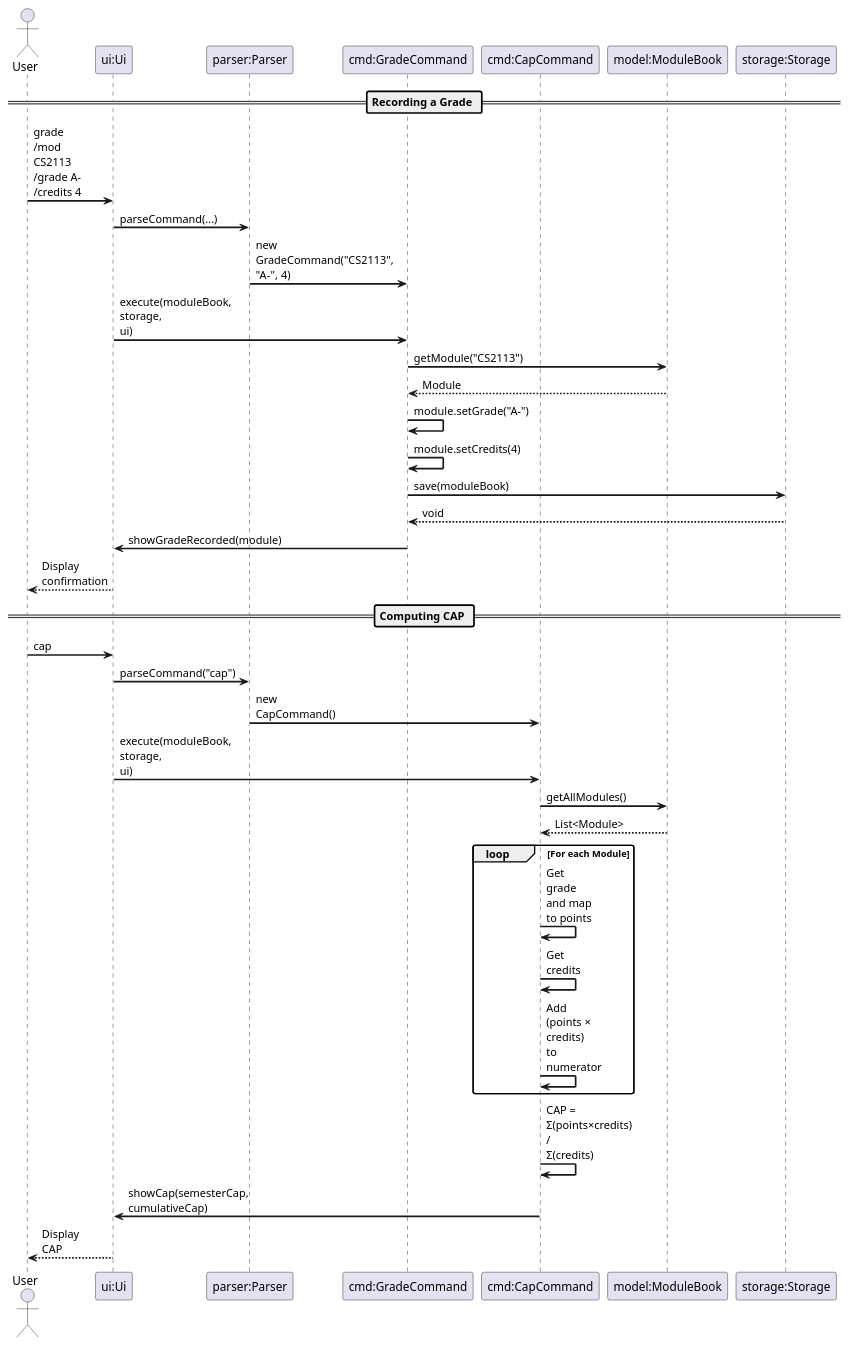
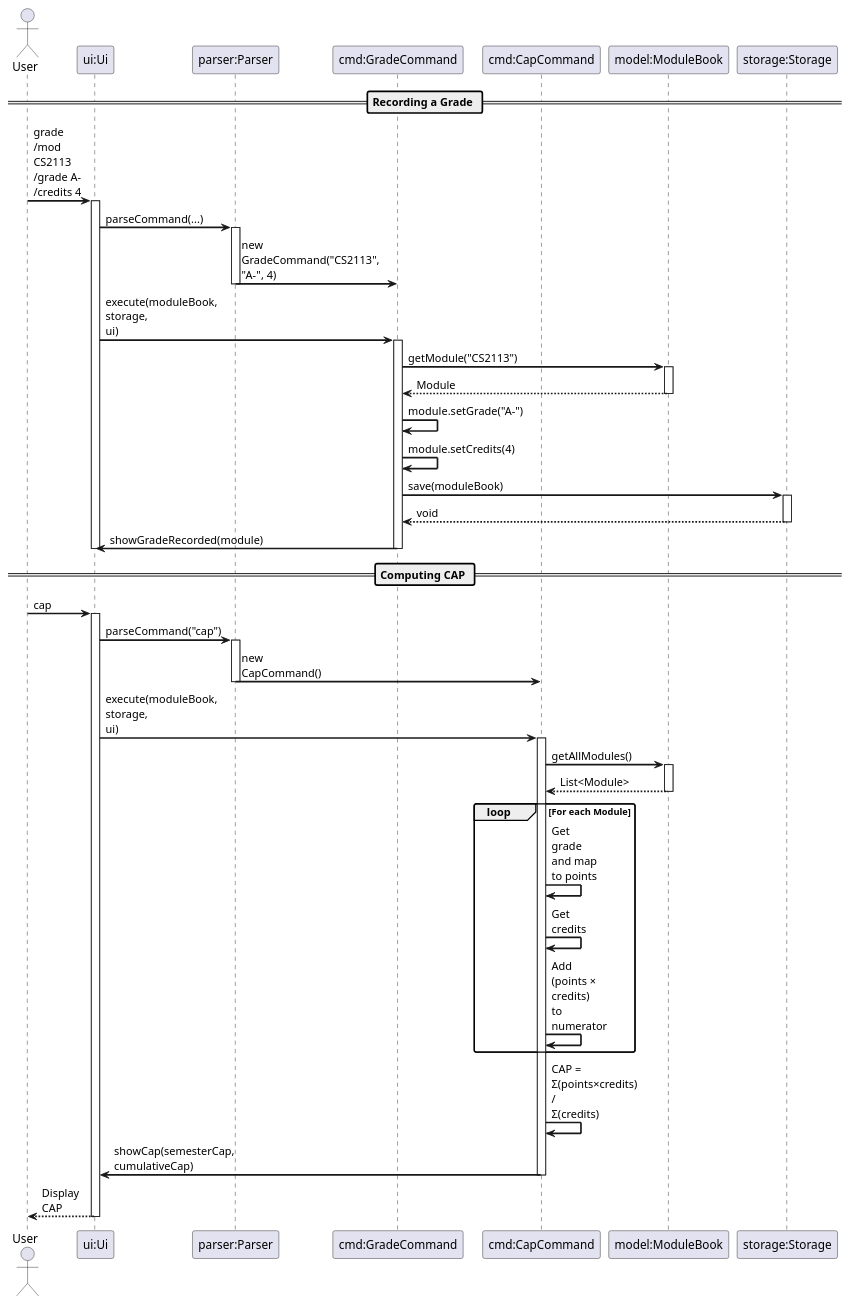
One commit to heeelol/tp changed the diagram in docs/diagrams/GradeCapSequenceDiagram.puml. Above: the diagram before and after it, drawn with PlantUML. The commit also changed 9 other files, not shown here.

First line of the commit message:
docs: Add PNG files for new sequence diagrams

```diff
--- a/docs/diagrams/GradeCapSequenceDiagram.puml
+++ b/docs/diagrams/GradeCapSequenceDiagram.puml
@@ -1,53 +1,75 @@
 @startuml GradeCapSequenceDiagram
 
 skinparam sequenceArrowThickness 2
 skinparam roundcorner 5
 skinparam maxmessagesize 60
 
 Actor User as user
 Participant "ui:Ui" as ui
 Participant "parser:Parser" as parser
 Participant "cmd:GradeCommand" as gradeCmd
 Participant "cmd:CapCommand" as capCmd
 Participant "model:ModuleBook" as model
 Participant "storage:Storage" as storage
 
 == Recording a Grade ==
 user -> ui: grade /mod CS2113 /grade A- /credits 4
+activate ui
+
 ui -> parser: parseCommand(...)
+activate parser
 parser -> gradeCmd: new GradeCommand("CS2113", "A-", 4)
+deactivate parser
+
 ui -> gradeCmd: execute(moduleBook, storage, ui)
+activate gradeCmd
 
 gradeCmd -> model: getModule("CS2113")
+activate model
 model --> gradeCmd: Module
+deactivate model
 
 gradeCmd -> gradeCmd: module.setGrade("A-")
 gradeCmd -> gradeCmd: module.setCredits(4)
 
 gradeCmd -> storage: save(moduleBook)
+activate storage
 storage --> gradeCmd: void
+deactivate storage
 
 gradeCmd -> ui: showGradeRecorded(module)
-ui --> user: Display confirmation
+deactivate gradeCmd
+deactivate ui
 
 == Computing CAP ==
 user -> ui: cap
+activate ui
+
 ui -> parser: parseCommand("cap")
+activate parser
 parser -> capCmd: new CapCommand()
+deactivate parser
+
 ui -> capCmd: execute(moduleBook, storage, ui)
+activate capCmd
 
 capCmd -> model: getAllModules()
+activate model
 model --> capCmd: List<Module>
+deactivate model
 
 loop For each Module
   capCmd -> capCmd: Get grade and map to points
   capCmd -> capCmd: Get credits
   capCmd -> capCmd: Add (points × credits) to numerator
 end
 
 capCmd -> capCmd: CAP = Σ(points×credits) / Σ(credits)
 
 capCmd -> ui: showCap(semesterCap, cumulativeCap)
+deactivate capCmd
+
 ui --> user: Display CAP
+deactivate ui
 
 @enduml
```
